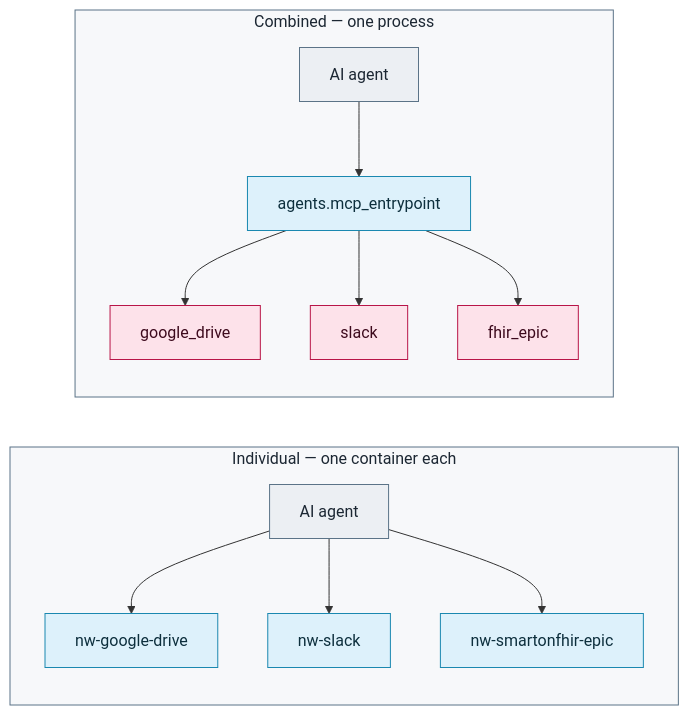
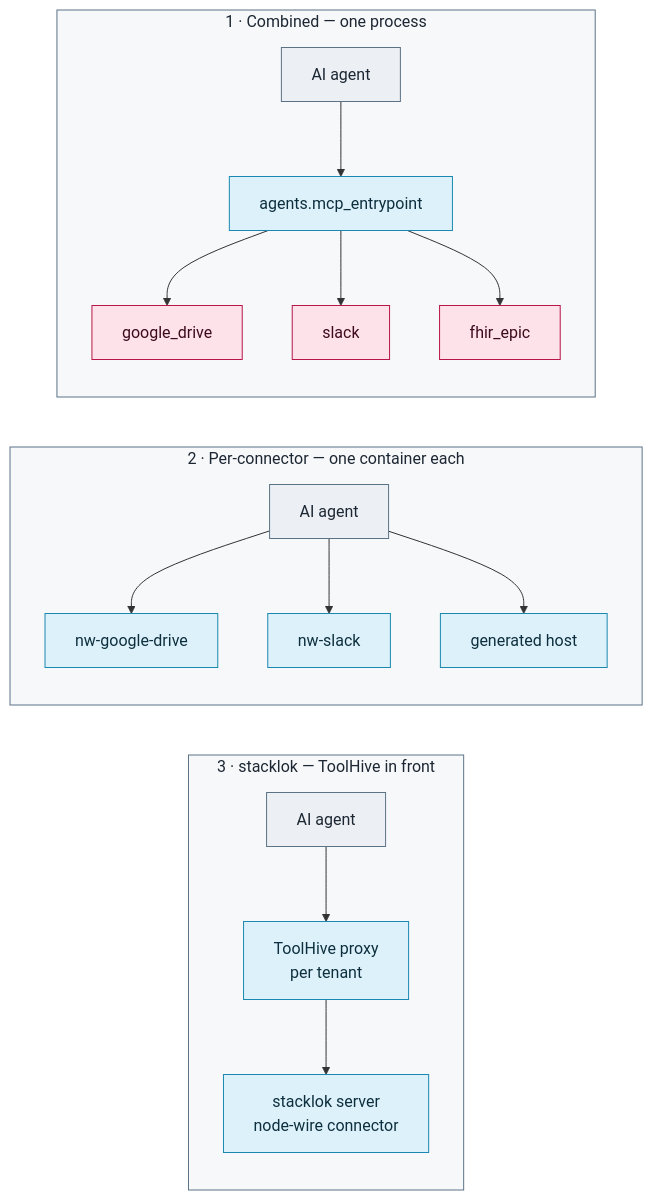
The diagram in docs/mcp.md (AOT-Technologies/node-wire), drawn with Mermaid before and after one commit. The commit also changed other lines of this file and 41 other files, not shown here.

````diff
--- a/docs/mcp.md
+++ b/docs/mcp.md
@@ -83,28 +21,35 @@
 ```mermaid
 flowchart TB
-    subgraph combined["Combined — one process"]
+    subgraph combined["1 · Combined — one process"]
         direction TB
         A1["AI agent"] --> P1["agents.mcp_entrypoint"]
         P1 --> C1["google_drive"]
         P1 --> C2["slack"]
         P1 --> C3["fhir_epic"]
     end
 
-    subgraph individual["Individual — one container each"]
+    subgraph individual["2 · Per-connector — one container each"]
         direction TB
         A2["AI agent"] --> S1["nw-google-drive"]
         A2 --> S2["nw-slack"]
-        A2 --> S3["nw-smartonfhir-epic"]
+        A2 --> S3["generated host"]
     end
 
-    combined ~~~ individual
+    subgraph stacklok["3 · stacklok — ToolHive in front"]
+        direction TB
+        A3["AI agent"] --> TP["ToolHive proxy<br/>per tenant"]
+        TP --> B3["stacklok server<br/>node-wire connector"]
+    end
+
+    combined ~~~ individual ~~~ stacklok
 
     classDef agent fill:#eceff3,stroke:#5b7387,stroke-width:1px,color:#1c2733
     classDef proc fill:#ddf1fb,stroke:#1a88b0,stroke-width:1px,color:#0d2f3d
     classDef conn fill:#fde2ea,stroke:#b81548,stroke-width:1px,color:#3d0a1d
-    class A1,A2 agent
-    class P1,S1,S2,S3 proc
+    class A1,A2,A3 agent
+    class P1,S1,S2,S3,TP,B3 proc
     class C1,C2,C3 conn
     style combined fill:#f7f8fa,stroke:#5b7387,stroke-width:1px,color:#1c2733
     style individual fill:#f7f8fa,stroke:#5b7387,stroke-width:1px,color:#1c2733
+    style stacklok fill:#f7f8fa,stroke:#5b7387,stroke-width:1px,color:#1c2733
 ```
````
